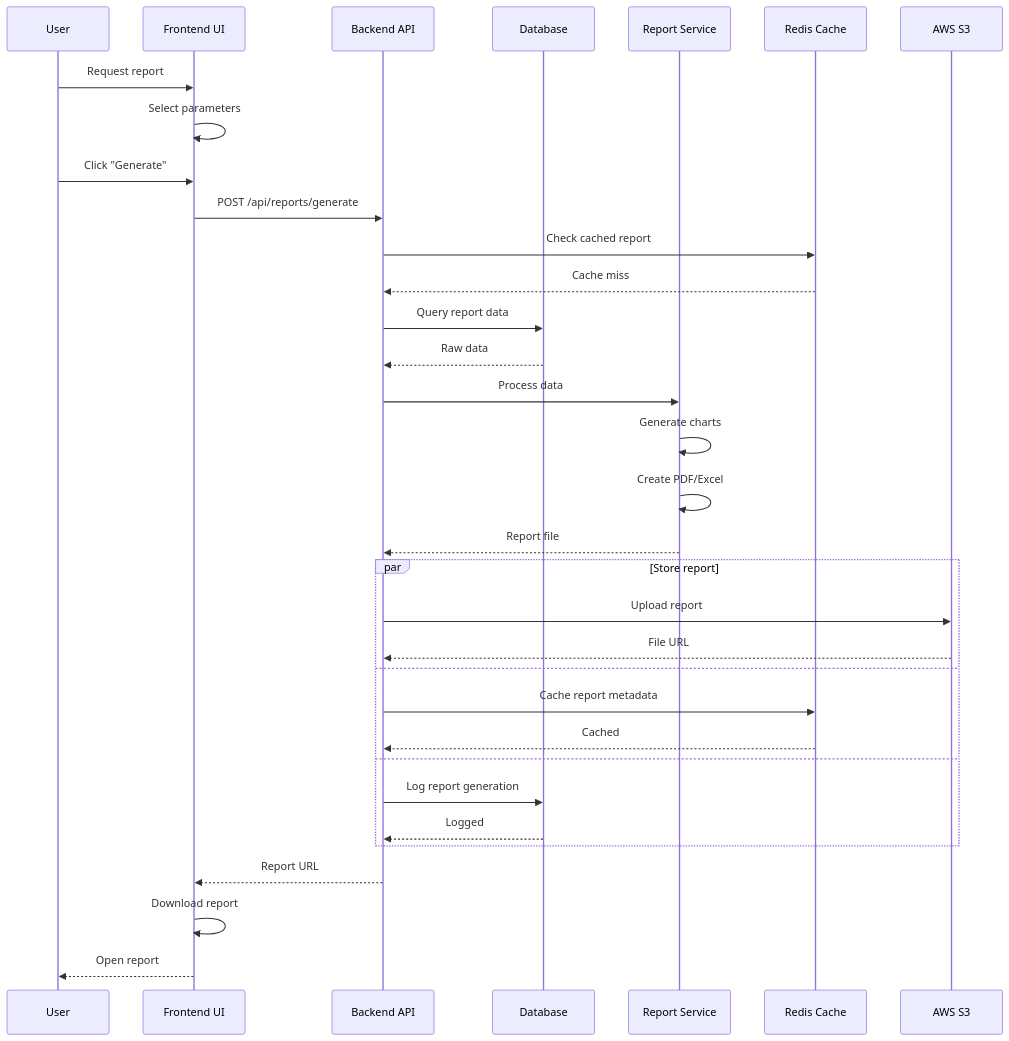
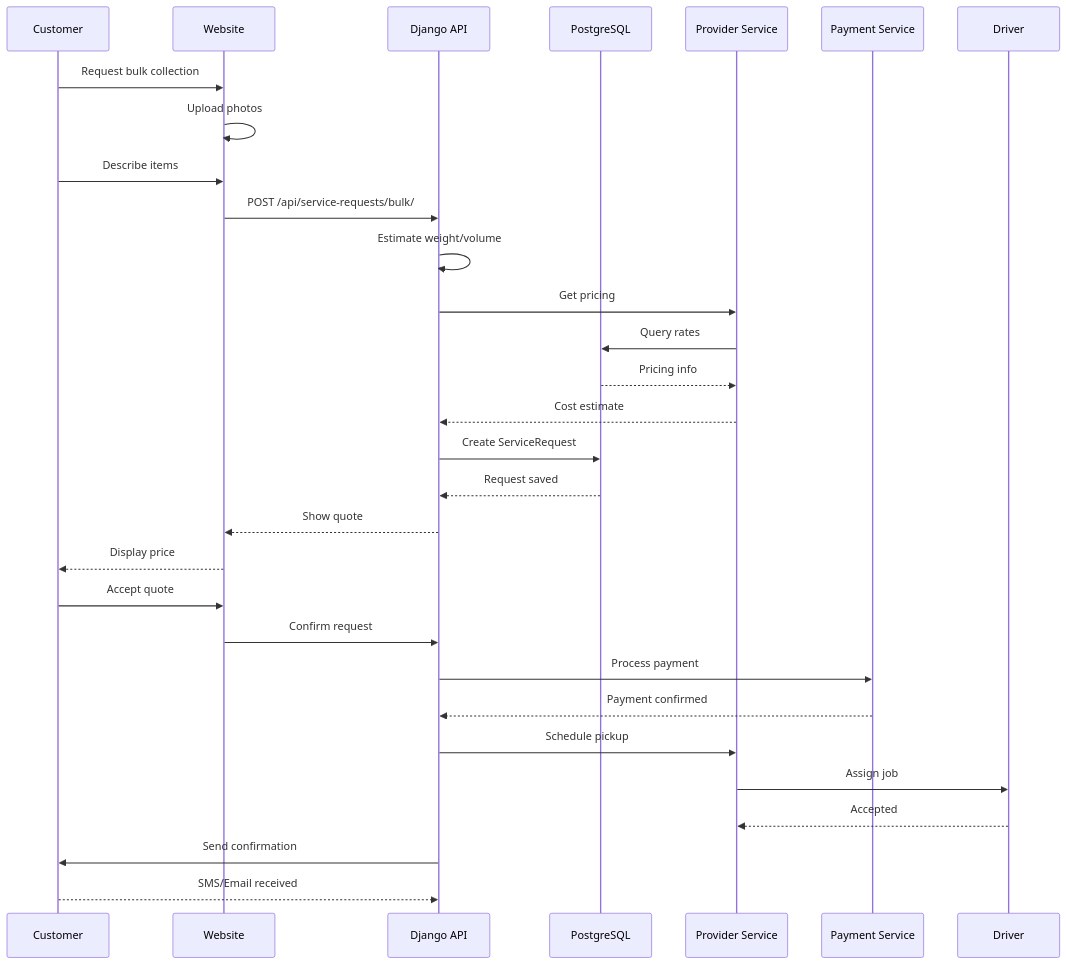
Before and after one commit to Ellis-Ayikwei/waste-wise: the eighth of 10 diagrams in documentation/diagrams/sequence-diagrams.md, drawn with Mermaid. The commit also changed other lines of this file and 5 other files, not shown here.

Commit message:
Update architecture docs for Wasgo smart waste management system

````diff
--- a/documentation/diagrams/sequence-diagrams.md
+++ b/documentation/diagrams/sequence-diagrams.md
@@ -331,39 +284,40 @@
 ```mermaid
 sequenceDiagram
-    participant U as User
-    participant UI as Frontend UI
-    participant API as Backend API
-    participant DB as Database
-    participant Report as Report Service
-    participant Cache as Redis Cache
-    participant S3 as AWS S3
+    participant Customer as Customer
+    participant Web as Website
+    participant API as Django API
+    participant DB as PostgreSQL
+    participant Provider as Provider Service
+    participant Payment as Payment Service
+    participant Driver as Driver
 
-    U->>UI: Request report
-    UI->>UI: Select parameters
-    U->>UI: Click "Generate"
-    UI->>API: POST /api/reports/generate
-    API->>Cache: Check cached report
-    Cache-->>API: Cache miss
+    Customer->>Web: Request bulk collection
+    Web->>Web: Upload photos
+    Customer->>Web: Describe items
     
-    API->>DB: Query report data
-    DB-->>API: Raw data
-    API->>Report: Process data
-    Report->>Report: Generate charts
-    Report->>Report: Create PDF/Excel
-    Report-->>API: Report file
+    Web->>API: POST /api/service-requests/bulk/
+    API->>API: Estimate weight/volume
+    API->>Provider: Get pricing
+    Provider->>DB: Query rates
+    DB-->>Provider: Pricing info
+    Provider-->>API: Cost estimate
     
-    par Store report
-        API->>S3: Upload report
-        S3-->>API: File URL
-    and
-        API->>Cache: Cache report metadata
-        Cache-->>API: Cached
-    and
-        API->>DB: Log report generation
-        DB-->>API: Logged
-    end
+    API->>DB: Create ServiceRequest
+    DB-->>API: Request saved
     
-    API-->>UI: Report URL
-    UI->>UI: Download report
-    UI-->>U: Open report
+    API-->>Web: Show quote
+    Web-->>Customer: Display price
+    
+    Customer->>Web: Accept quote
+    Web->>API: Confirm request
+    
+    API->>Payment: Process payment
+    Payment-->>API: Payment confirmed
+    
+    API->>Provider: Schedule pickup
+    Provider->>Driver: Assign job
+    Driver-->>Provider: Accepted
+    
+    API->>Customer: Send confirmation
+    Customer-->>API: SMS/Email received
 ```
````
